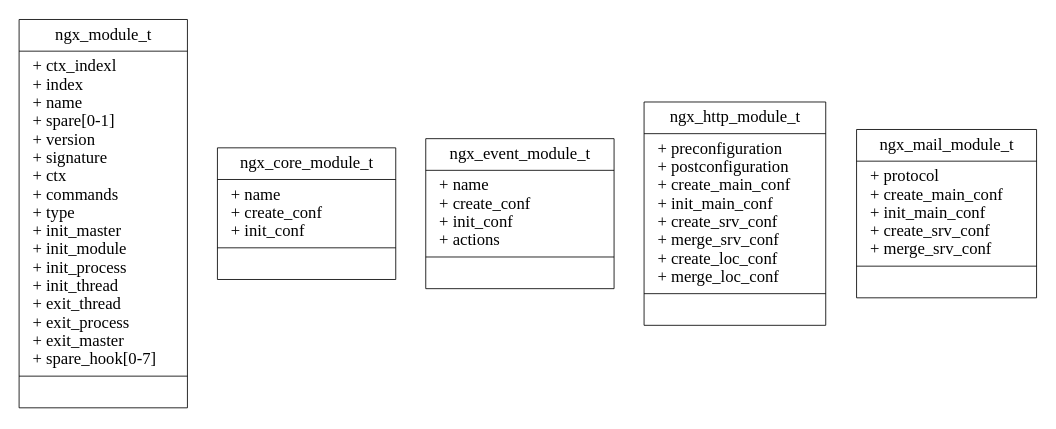
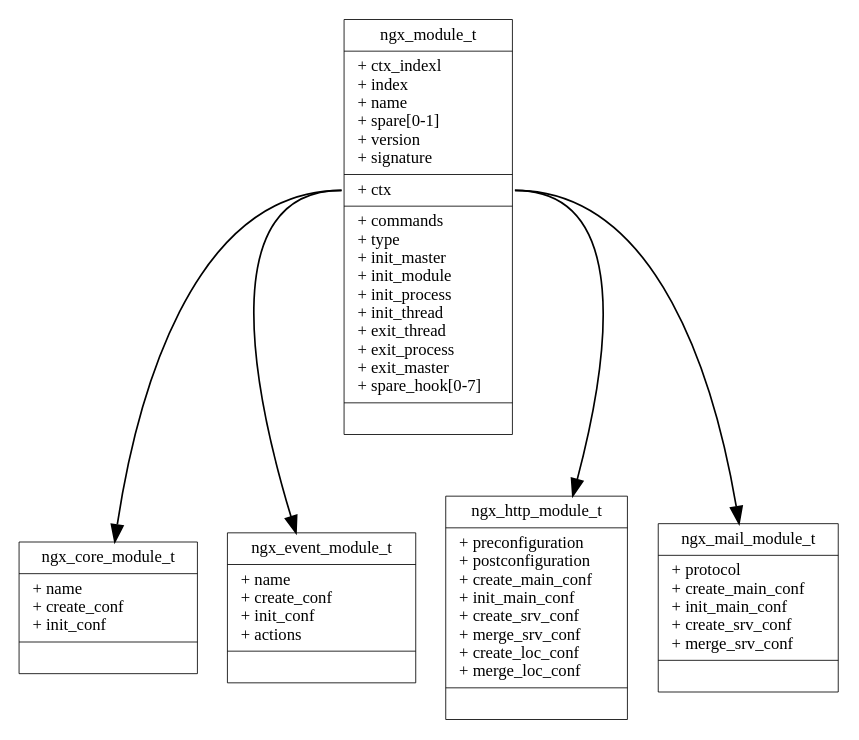
Before and after one commit to BalusChen/DotDemo: the diagram in UML/nginx-modules.dot, drawn with Graphviz.

Commit message:
Update: connect all module records.

```diff
--- a/UML/nginx-modules.dot
+++ b/UML/nginx-modules.dot
@@ -1,71 +1,81 @@
 digraph {
     node [shape=record, fontname="Monaco", fontsize=10, penwidth=0.5]
 
     ngx_module_t, ngx_core_module_t, ngx_event_module_t, ngx_http_module_t, ngx_mail_module_t
+
+    {
+        ngx_module_t:ctx -> ngx_core_module_t
+        ngx_module_t:ctx -> ngx_event_module_t
+        ngx_module_t:ctx -> ngx_http_module_t
+        ngx_module_t:ctx -> ngx_mail_module_t
+    }
+
     ngx_module_t[label="{
         ngx_module_t
         |
         + ctx_indexl\l
         + index\l
         + name\l
         + spare[0-1]\l
         + version\l
         + signature\l
-        + ctx\l
+        |
+        <ctx>+ ctx\l
+        |
         + commands\l
         + type\l
         + init_master\l
         + init_module\l
         + init_process\l
         + init_thread\l
         + exit_thread\l
         + exit_process\l
         + exit_master\l
         + spare_hook[0-7]\l
         |
     }"]
 
     ngx_core_module_t[label="{
         ngx_core_module_t
         |
         + name\l
         + create_conf\l
         + init_conf\l
         |
     }"]
 
     ngx_http_module_t[label="{
         ngx_http_module_t
         |
         + preconfiguration\l
         + postconfiguration\l
         + create_main_conf\l
         + init_main_conf\l
         + create_srv_conf\l
         + merge_srv_conf\l
         + create_loc_conf\l
         + merge_loc_conf\l
         |
     }"]
 
     ngx_event_module_t[label="{
         ngx_event_module_t
         |
         + name\l
         + create_conf\l
         + init_conf\l
         + actions\l
         |
     }"]
 
     ngx_mail_module_t[label="{
         ngx_mail_module_t
         |
         + protocol\l
         + create_main_conf\l
         + init_main_conf\l
         + create_srv_conf\l
         + merge_srv_conf\l
         |
     }"]
 }
```
